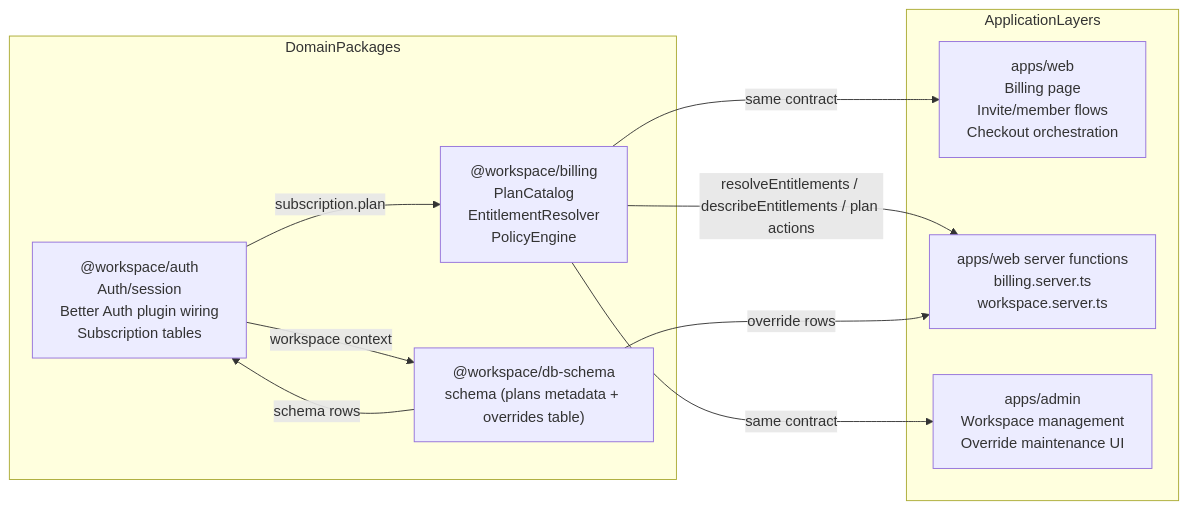
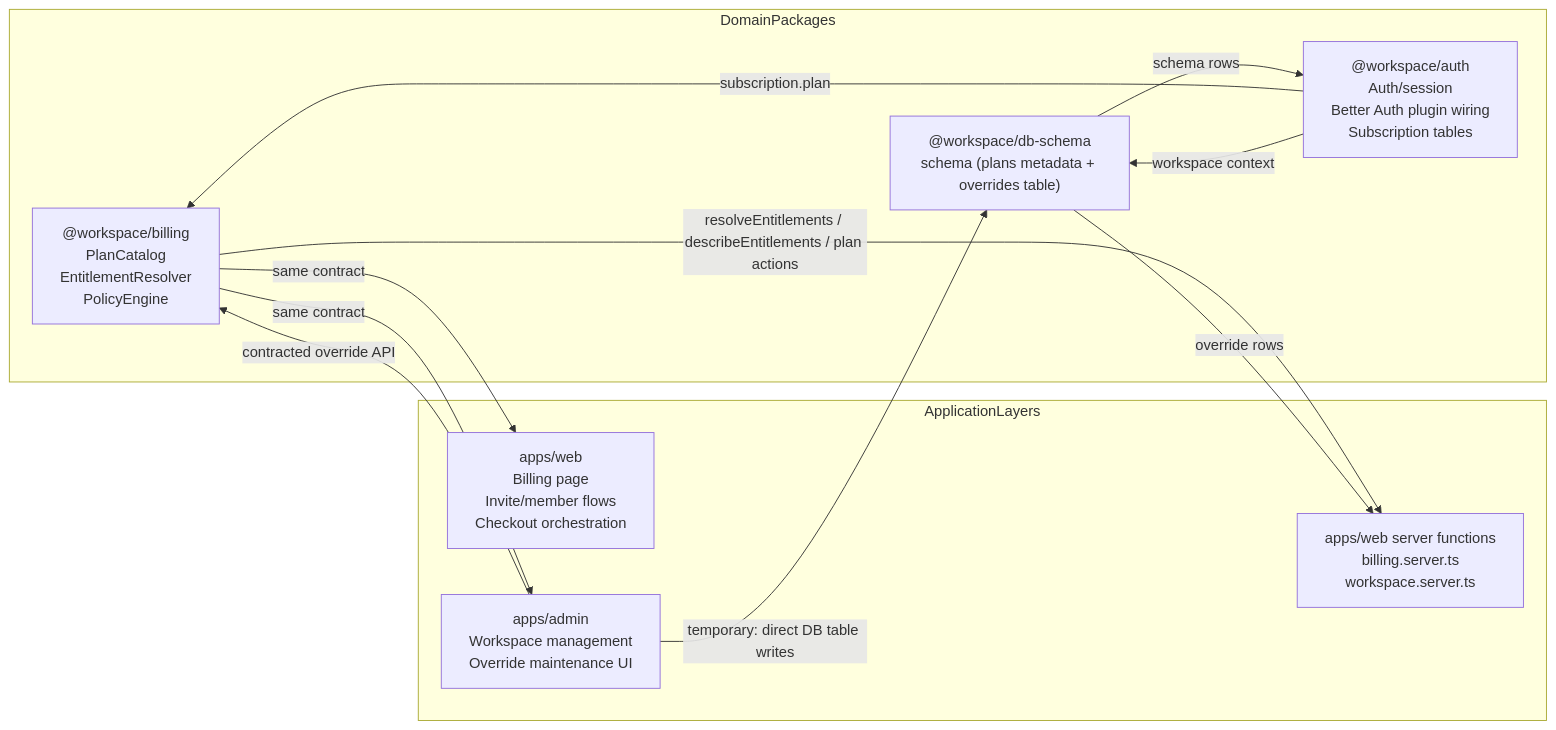
The first of 4 diagrams in docs/design/enterprise-billing-modular-architecture.md (5amfung/saas-starter-template), drawn with Mermaid before and after one commit. The commit also changed other lines of this file and 2 other files, not shown here.

Commit message:
docs: tighten admin contract boundary for entitlement overrides

````diff
--- a/docs/design/enterprise-billing-modular-architecture.md
+++ b/docs/design/enterprise-billing-modular-architecture.md
@@ -84,22 +84,24 @@
 ```mermaid
 flowchart LR
   subgraph DomainPackages
     A["@workspace/billing<br/>PlanCatalog<br/>EntitlementResolver<br/>PolicyEngine"]
     B["@workspace/auth<br/>Auth/session<br/>Better Auth plugin wiring<br/>Subscription tables"]
     C["@workspace/db-schema<br/>schema (plans metadata + overrides table)"]
   end
 
   subgraph ApplicationLayers
     W["apps/web<br/>Billing page<br/>Invite/member flows<br/>Checkout orchestration"]
     V["apps/web server functions<br/>billing.server.ts<br/>workspace.server.ts"]
     Admin["apps/admin<br/>Workspace management<br/>Override maintenance UI"]
   end
 
   A -->|resolveEntitlements / describeEntitlements / plan actions| V
   A -->|same contract| Admin
   A -->|same contract| W
   B -->|subscription.plan| A
   C -->|schema rows| B
   C -->|override rows| V
   B -->|workspace context| C
+  Admin -->|temporary: direct DB table writes| C
+  Admin -->|contracted override API| A
 ```
````
